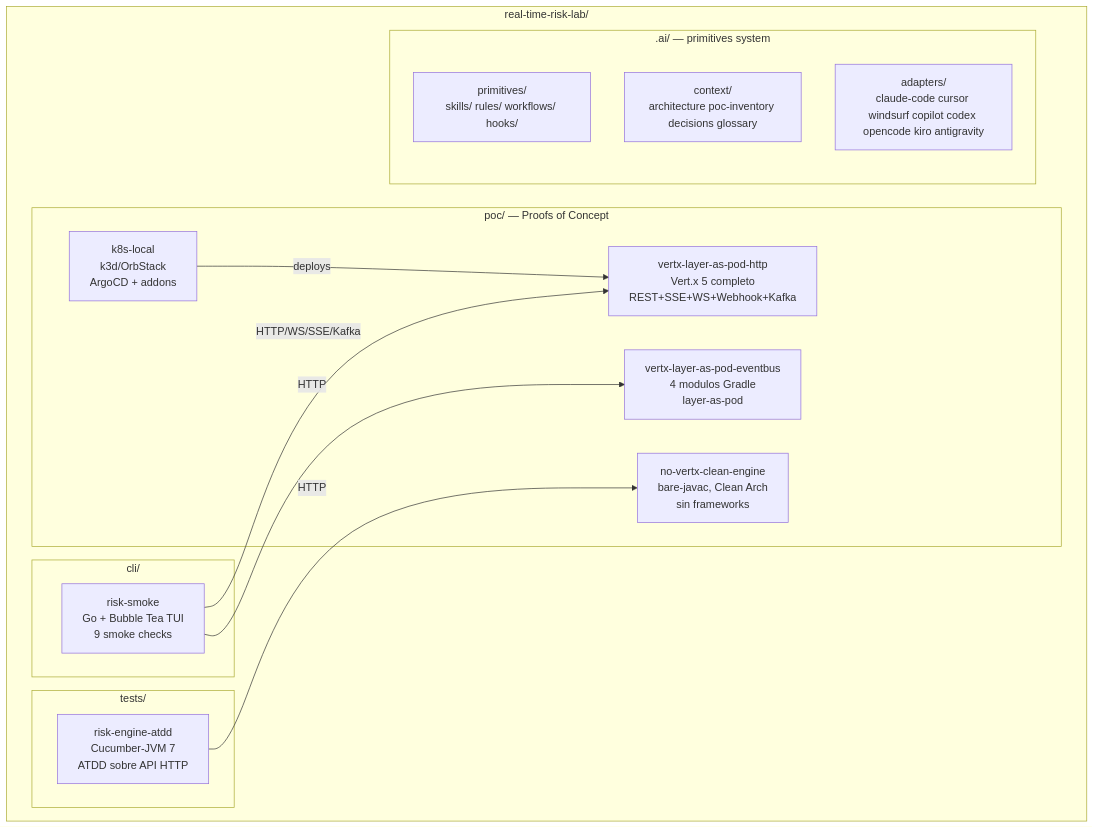
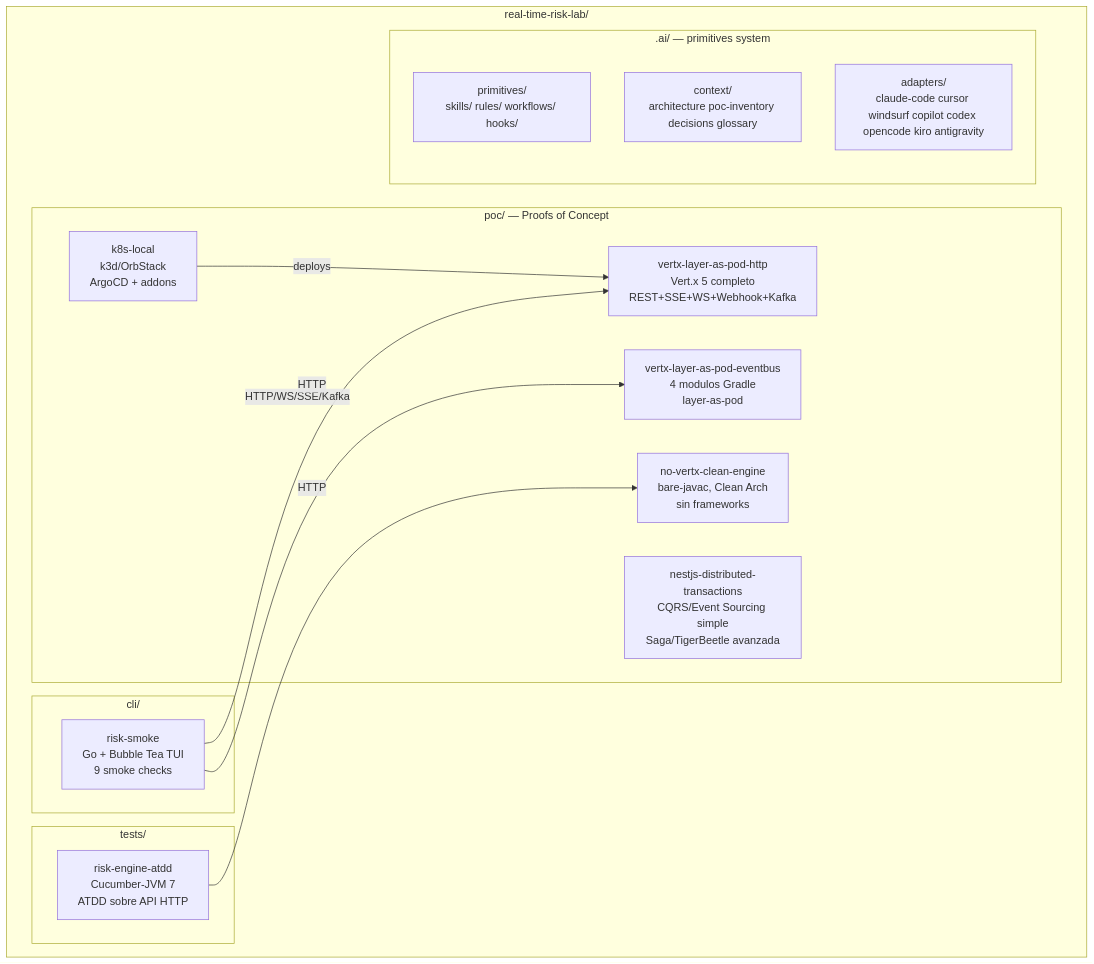
One commit to MatiasNAmendola/real-time-risk-lab changed the diagram in .ai/context/architecture.md. Above: the diagram before and after it, drawn with Mermaid. The commit also changed other lines of this file and 13 other files, not shown here.

````diff
--- a/.ai/context/architecture.md
+++ b/.ai/context/architecture.md
@@ -17,30 +18,31 @@
 ```mermaid
 graph TB
     subgraph repo["real-time-risk-lab/"]
         subgraph poc["poc/ — Proofs of Concept"]
             jre["no-vertx-clean-engine<br/>bare-javac, Clean Arch<br/>sin frameworks"]
             jvd["vertx-layer-as-pod-eventbus<br/>4 modulos Gradle<br/>layer-as-pod"]
             vrp["vertx-layer-as-pod-http<br/>Vert.x 5 completo<br/>REST+SSE+WS+Webhook+Kafka"]
+            ntx["nestjs-distributed-transactions<br/>CQRS/Event Sourcing simple<br/>Saga/TigerBeetle avanzada"]
             k8s["k8s-local<br/>k3d/OrbStack<br/>ArgoCD + addons"]
         end
 
         subgraph tests["tests/"]
             atdd["risk-engine-atdd<br/>Cucumber-JVM 7<br/>ATDD sobre API HTTP"]
         end
 
         subgraph cli["cli/"]
             smoke["risk-smoke<br/>Go + Bubble Tea TUI<br/>9 smoke checks"]
         end
 
         subgraph ai[".ai/ — primitives system"]
             prim["primitives/<br/>skills/ rules/ workflows/ hooks/"]
             ctx["context/<br/>architecture poc-inventory decisions glossary"]
             adp["adapters/<br/>claude-code cursor windsurf copilot codex opencode kiro antigravity"]
         end
     end
 
     smoke -->|HTTP/WS/SSE/Kafka| vrp
     smoke -->|HTTP| jvd
     atdd -->|HTTP| jre
     k8s -->|deploys| vrp
 ```
````
